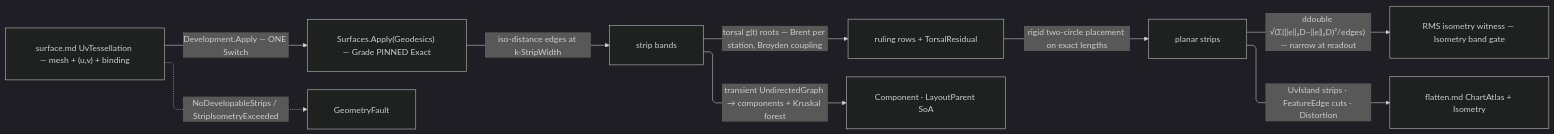
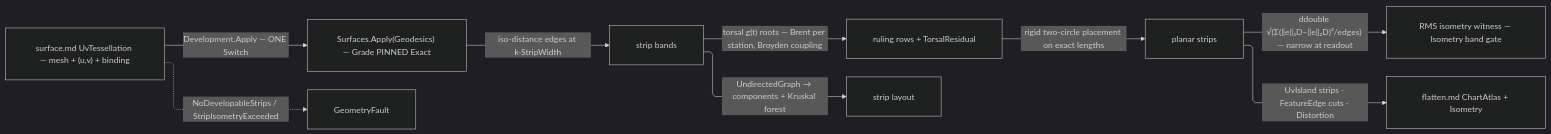
The diagram in libs/dotnet/Rasm/.planning/Parametric/develop.md (bsamiee/Rasm), drawn with Mermaid (dark theme) before and after one commit. The commit also changed other lines of this file and 16 other files, not shown here.

````diff
--- a/libs/dotnet/Rasm/.planning/Parametric/develop.md
+++ b/libs/dotnet/Rasm/.planning/Parametric/develop.md
@@ -146,20 +146,20 @@
 ```mermaid
 ---
 config:
   layout: elk
   flowchart:
     curve: linear
     padding: 25
 ---
 flowchart LR
     accTitle: Development strip pipeline
     accDescr: Development.Apply decomposes exact geodesic edges into strips, roots torsal rulings, unrolls rigidly under the ddouble witness, and emits the strip atlas through the flatten carrier.
     UvT["surface.md UvTessellation — mesh + (u,v) + binding"] -->|"Development.Apply — ONE Switch"| Edges["Surfaces.Apply(Geodesics) — Grade PINNED Exact"]
     Edges -->|"iso-distance edges at k·StripWidth"| Strips["strip bands"]
     Strips -->|"torsal g(t) roots — Brent per station, Broyden coupling"| Rulings["ruling rows + TorsalResidual"]
     Rulings -->|"rigid two-circle placement on exact lengths"| Unroll["planar strips"]
     Unroll -->|"ddouble √(Σ(‖e‖₃D−‖e‖₂D)²/edges) — narrow at readout"| Witness["RMS isometry witness — Isometry band gate"]
-    Strips -->|"transient UndirectedGraph → components + Kruskal forest"| Layout["Component · LayoutParent SoA"]
+    Strips -->|"UndirectedGraph → components + Kruskal forest"| Layout["strip layout"]
     Unroll -->|"UvIsland strips · FeatureEdge cuts · Distortion"| AtlasOut["flatten.md ChartAtlas + Isometry"]
     UvT -.->|"NoDevelopableStrips / StripIsometryExceeded"| GeometryFault
 ```
````
